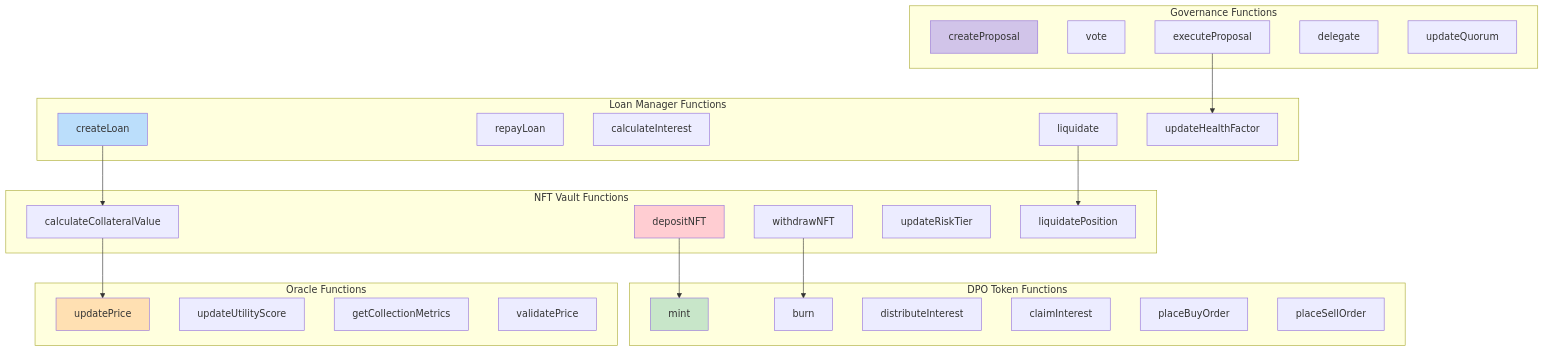
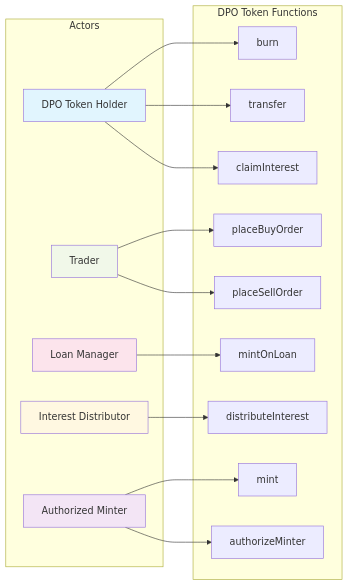
One commit to devprosvn/mosaical-v2 changed the fifth of 11 diagrams in README.md. Above: the diagram before and after it, drawn with Mermaid. The commit also changed other lines of this file, not shown here.

First line of the commit message:
Assistant checkpoint: Split function use cases into individual diagrams

````diff
--- a/README.md
+++ b/README.md
@@ -171,55 +211,38 @@
 ```mermaid
-graph TB
-    subgraph "NFT Vault Functions"
-        VF1[depositNFT]
-        VF2[withdrawNFT]
-        VF3[calculateCollateralValue]
-        VF4[updateRiskTier]
-        VF5[liquidatePosition]
+graph LR
+    subgraph "Actors"
+        TokenHolder[DPO Token Holder]
+        Trader[Trader]
+        LoanManager[Loan Manager]
+        InterestDistributor[Interest Distributor]
+        Minter[Authorized Minter]
     end
     
     subgraph "DPO Token Functions"
-        DF1[mint]
-        DF2[burn]
-        DF3[distributeInterest]
-        DF4[claimInterest]
-        DF5[placeBuyOrder]
-        DF6[placeSellOrder]
+        UC1[mint]
+        UC2[burn]
+        UC3[transfer]
+        UC4[distributeInterest]
+        UC5[claimInterest]
+        UC6[placeBuyOrder]
+        UC7[placeSellOrder]
+        UC8[authorizeMinter]
+        UC9[mintOnLoan]
     end
     
-    subgraph "Loan Manager Functions"
-        LF1[createLoan]
-        LF2[repayLoan]
-        LF3[calculateInterest]
-        LF4[liquidate]
-        LF5[updateHealthFactor]
-    end
+    TokenHolder --> UC2
+    TokenHolder --> UC3
+    TokenHolder --> UC5
+    Trader --> UC6
+    Trader --> UC7
+    LoanManager --> UC9
+    InterestDistributor --> UC4
+    Minter --> UC1
+    Minter --> UC8
     
-    subgraph "Governance Functions"
-        GF1[createProposal]
-        GF2[vote]
-        GF3[executeProposal]
-        GF4[delegate]
-        GF5[updateQuorum]
-    end
-    
-    subgraph "Oracle Functions"
-        OF1[updatePrice]
-        OF2[updateUtilityScore]
-        OF3[getCollectionMetrics]
-        OF4[validatePrice]
-    end
-    
-    VF1 --> DF1
-    VF2 --> DF2
-    VF3 --> OF1
-    LF1 --> VF3
-    LF4 --> VF5
-    GF3 --> LF5
-    
-    style VF1 fill:#ffcdd2
-    style DF1 fill:#c8e6c9
-    style LF1 fill:#bbdefb
-    style GF1 fill:#d1c4e9
-    style OF1 fill:#ffe0b2
+    style TokenHolder fill:#e1f5fe
+    style Trader fill:#f1f8e9
+    style LoanManager fill:#fce4ec
+    style InterestDistributor fill:#fff8e1
+    style Minter fill:#f3e5f5
 ```
````
